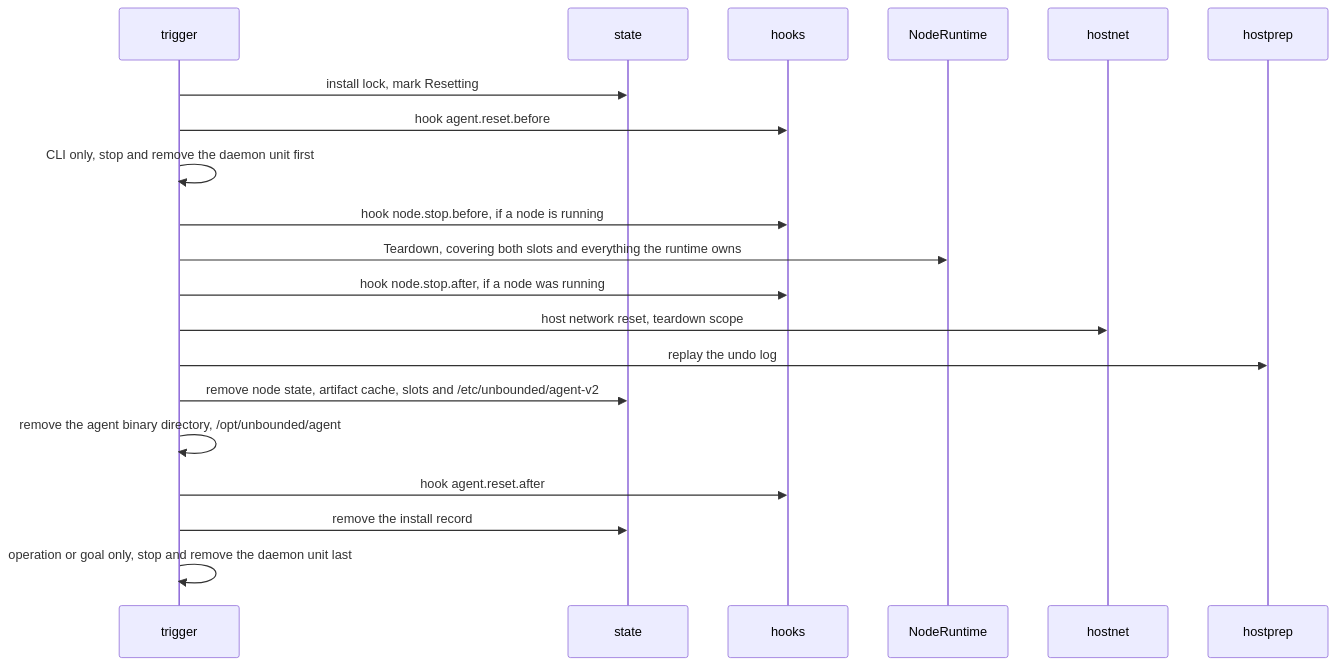
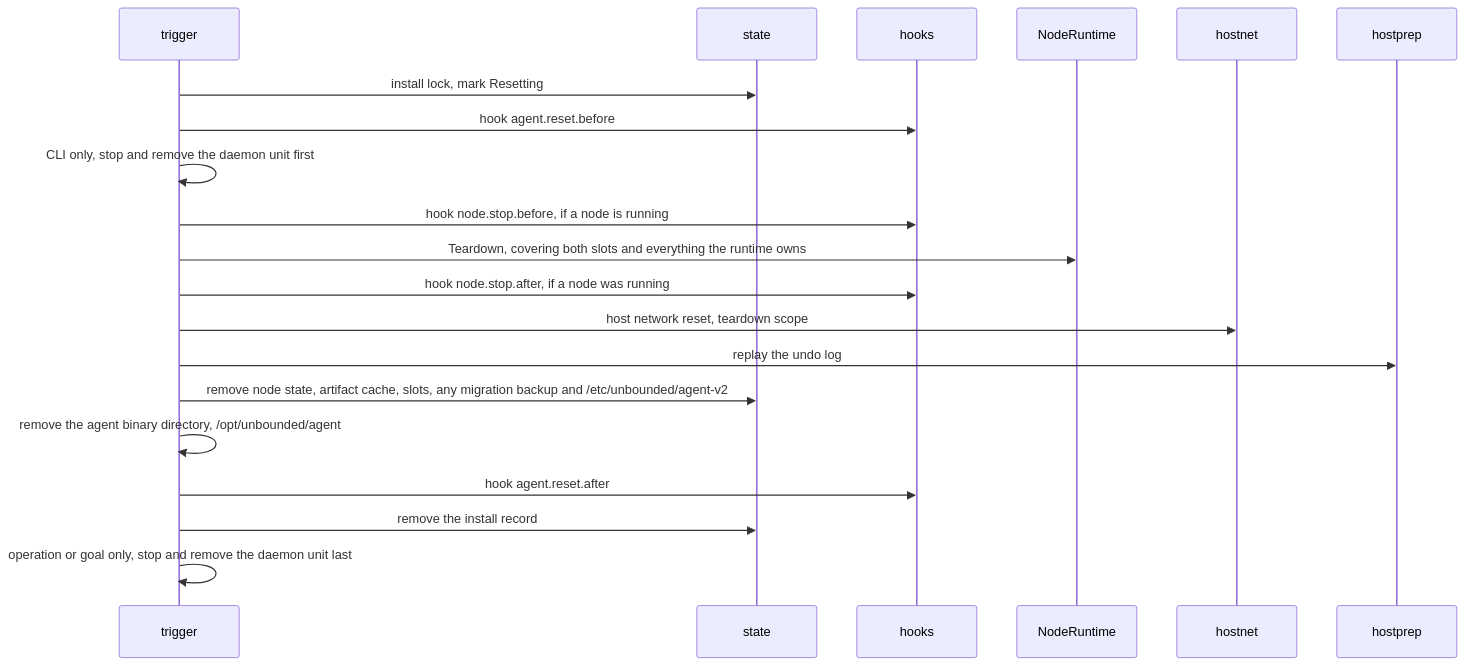
Before and after one commit to Azure/unbounded: the fifth of 5 diagrams in designs/agent-v2/05-lifecycles.md, drawn with Mermaid. The commit also changed other lines of this file and 6 other files, not shown here.

First line of the commit message:
designs: add the agent v2 migration path from v1

````diff
--- a/designs/agent-v2/05-lifecycles.md
+++ b/designs/agent-v2/05-lifecycles.md
@@ -189,22 +189,22 @@
 ```mermaid
 sequenceDiagram
   participant T as trigger
   participant St as state
   participant Px as hooks
   participant RT as NodeRuntime
   participant HN as hostnet
   participant HP as hostprep
   T->>St: install lock, mark Resetting
   T->>Px: hook agent.reset.before
   T->>T: CLI only, stop and remove the daemon unit first
   T->>Px: hook node.stop.before, if a node is running
   T->>RT: Teardown, covering both slots and everything the runtime owns
   T->>Px: hook node.stop.after, if a node was running
   T->>HN: host network reset, teardown scope
   T->>HP: replay the undo log
-  T->>St: remove node state, artifact cache, slots and /etc/unbounded/agent-v2
+  T->>St: remove node state, artifact cache, slots, any migration backup and /etc/unbounded/agent-v2
   T->>T: remove the agent binary directory, /opt/unbounded/agent
   T->>Px: hook agent.reset.after
   T->>St: remove the install record
   T->>T: operation or goal only, stop and remove the daemon unit last
 ```
````
